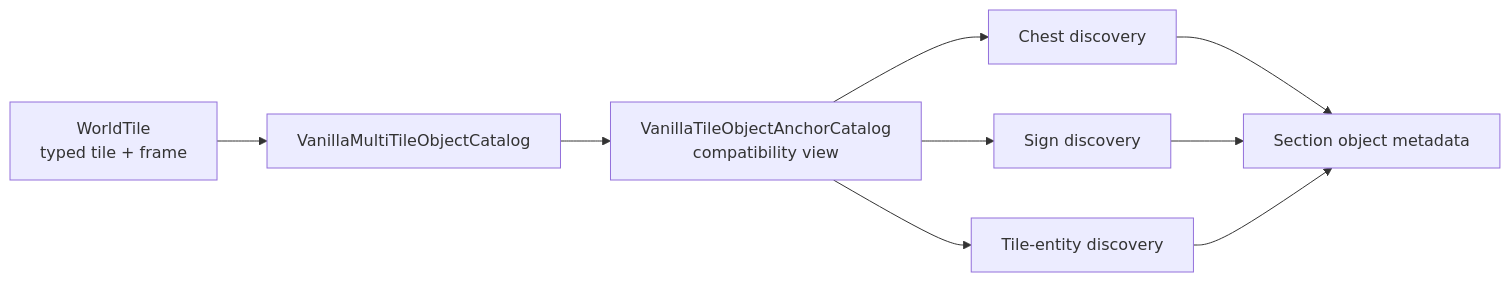
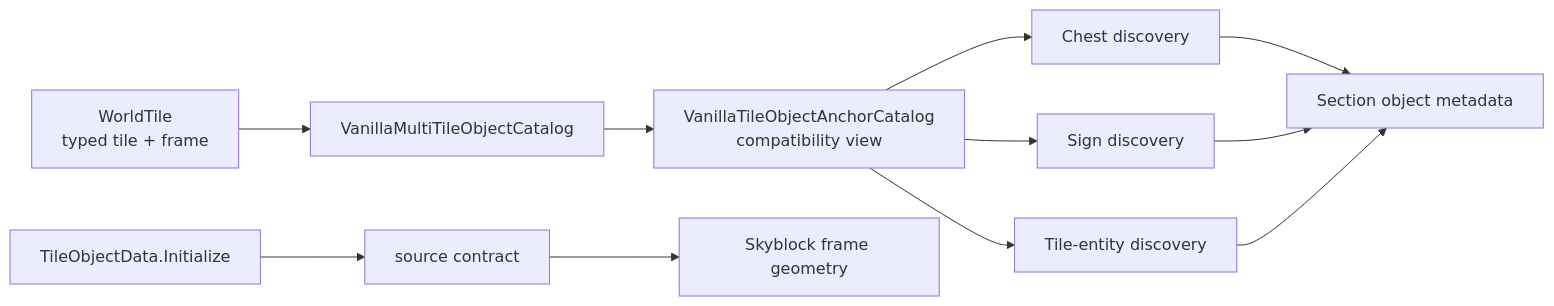
Before and after one commit to VegaKernel/TerraRuntime: the diagram in docs/en/tile-object-anchors.md, drawn with Mermaid. The commit also changed other lines of this file and 12 other files, not shown here.

First line of the commit message:
feat: add source-backed skyblock progression anchors

````diff
--- a/docs/en/tile-object-anchors.md
+++ b/docs/en/tile-object-anchors.md
@@ -7,11 +7,13 @@
 ```mermaid
 flowchart LR
     Tile["WorldTile\ntyped tile + frame"] --> Catalog["VanillaMultiTileObjectCatalog"]
     Catalog --> Anchor["VanillaTileObjectAnchorCatalog\ncompatibility view"]
     Anchor --> Chest["Chest discovery"]
     Anchor --> Sign["Sign discovery"]
     Anchor --> Entity["Tile-entity discovery"]
     Chest --> Section["Section object metadata"]
     Sign --> Section
     Entity --> Section
+    Source["TileObjectData.Initialize"] --> Probe["source contract"]
+    Probe --> Worldgen["Skyblock frame geometry"]
 ```
````
